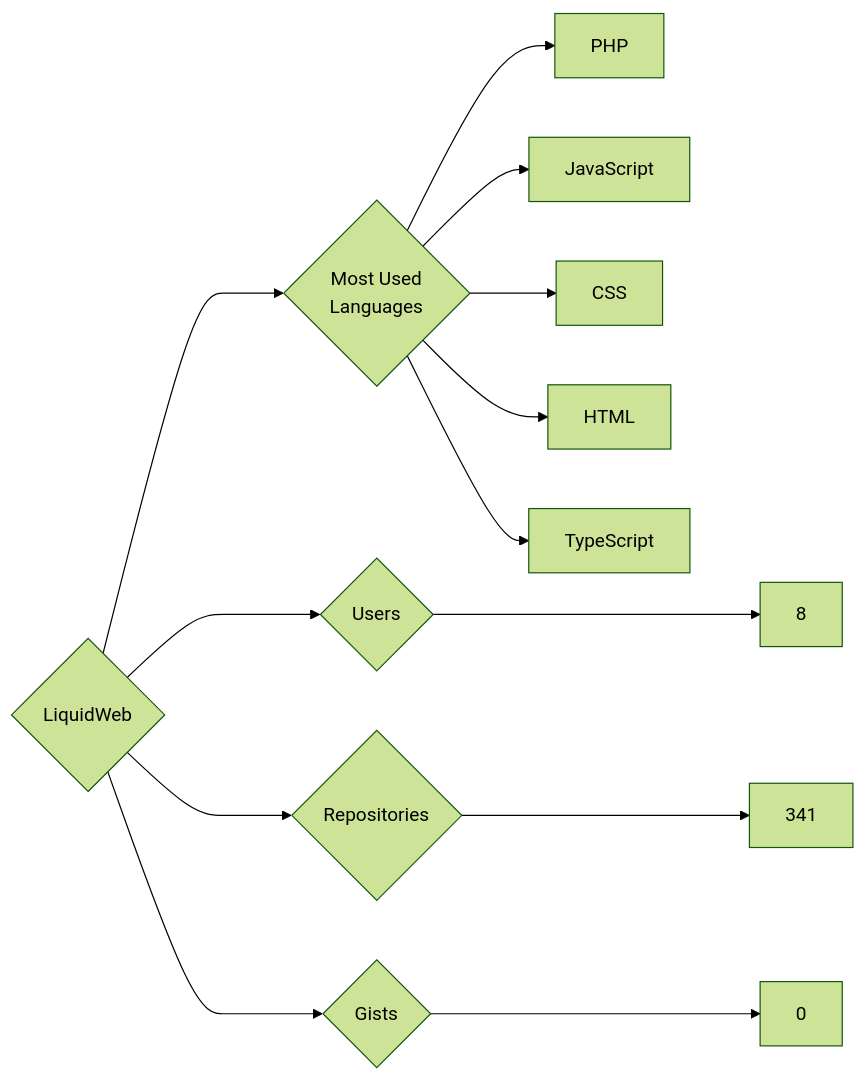
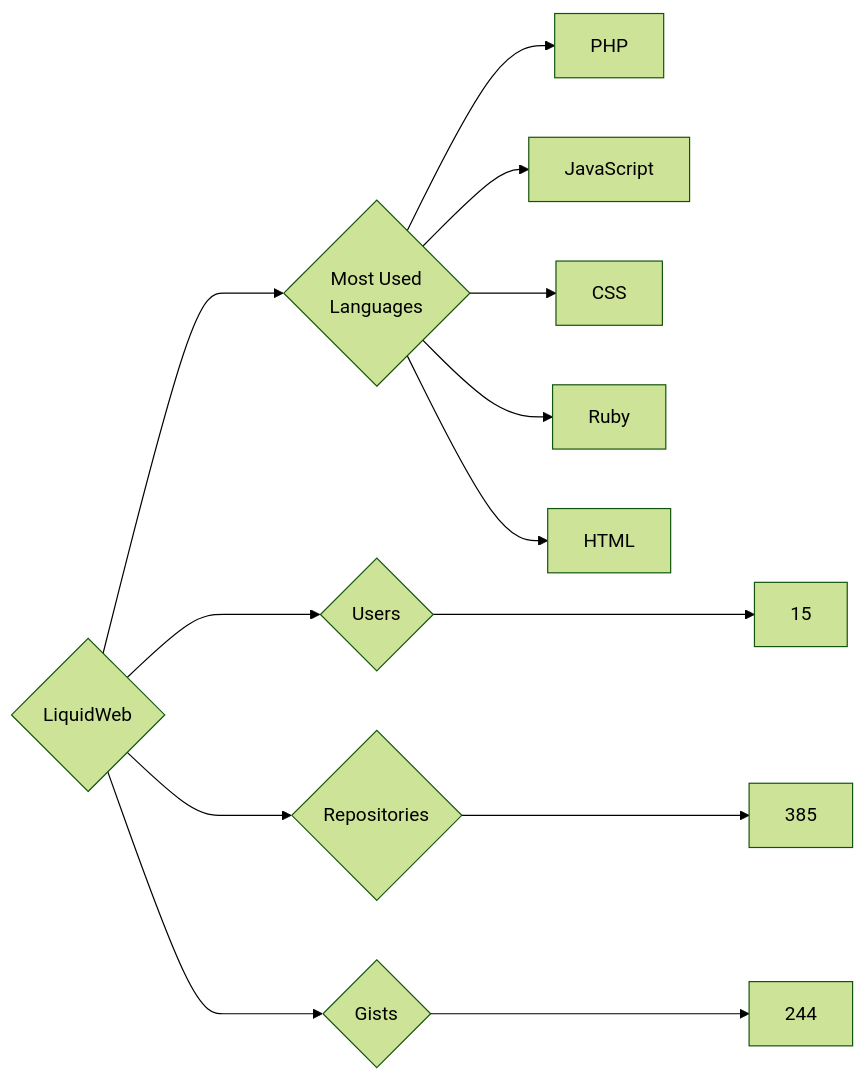
Before and after one commit to trickest/insiders: the diagram in targets/LiquidWeb/README.md, drawn with Mermaid (forest theme). The commit also changed 984 other files, not shown here.

````diff
--- a/targets/LiquidWeb/README.md
+++ b/targets/LiquidWeb/README.md
@@ -3,13 +3,13 @@
 ```mermaid
 graph LR
 COMPANY_NAME{LiquidWeb}
-COMPANY_NAME ---> U{Users} ---> UN[8]
-COMPANY_NAME ---> R{Repositories} ---> RN[341]
-COMPANY_NAME ---> G{Gists} ---> GN[0]
+COMPANY_NAME ---> U{Users} ---> UN[15]
+COMPANY_NAME ---> R{Repositories} ---> RN[385]
+COMPANY_NAME ---> G{Gists} ---> GN[244]
 COMPANY_NAME ---> ML{Most Used<br>Languages}
 ML --> PHP[PHP]
 ML --> JavaScript[JavaScript]
 ML --> CSS[CSS]
+ML --> Ruby[Ruby]
 ML --> HTML[HTML]
-ML --> TypeScript[TypeScript]
 ```
````
